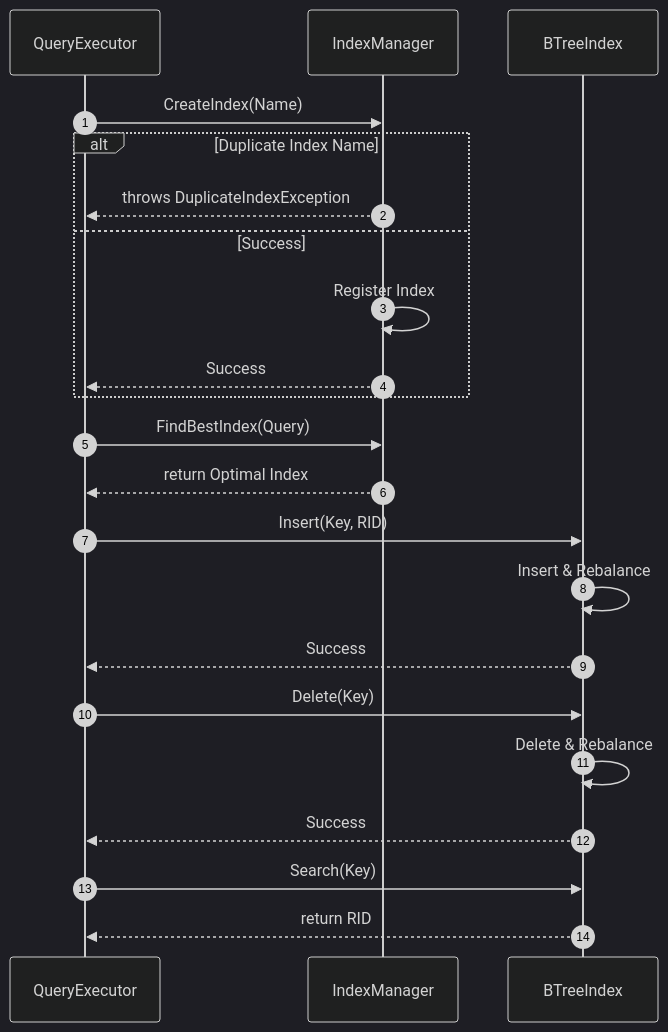
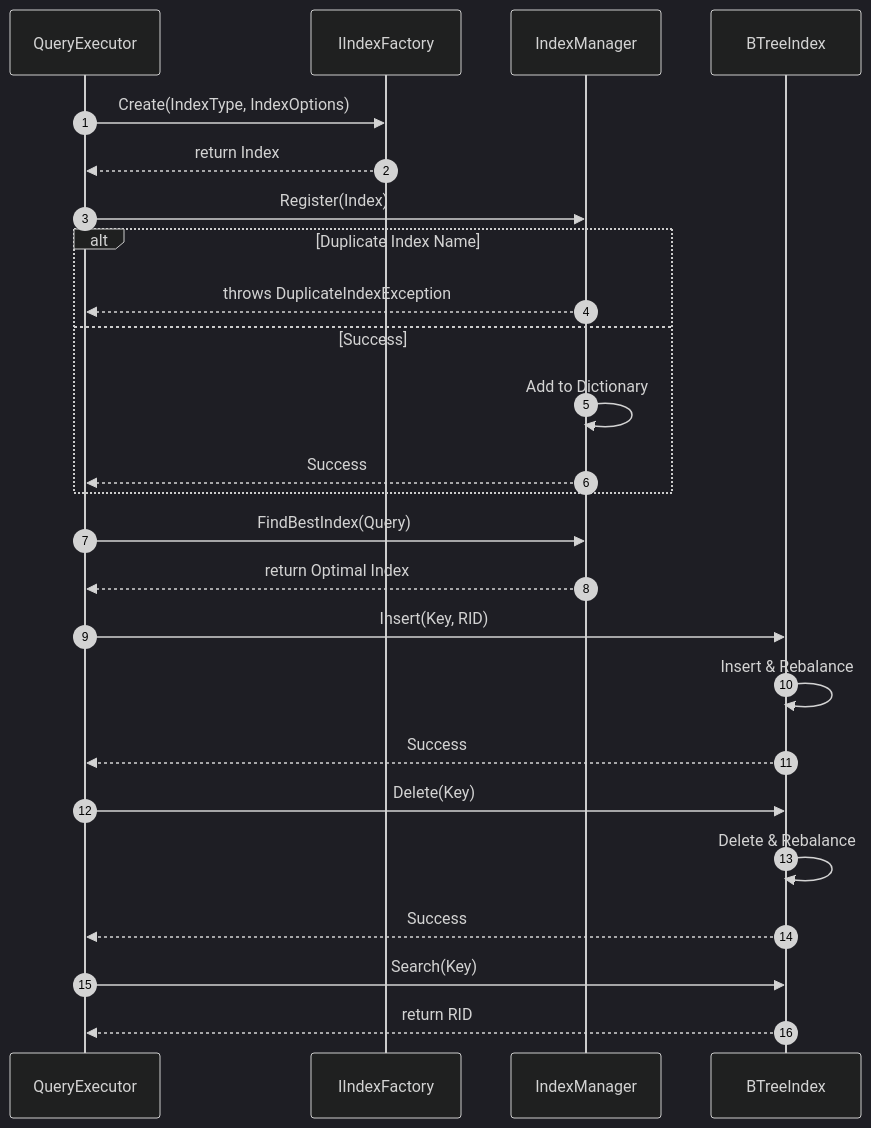
One commit to Hagiakhanh/bbv-dbms changed diagram 20 of 53 in docs/sequence-diagrams/README.md. Above: the diagram before and after it, drawn with Mermaid (dark theme). The commit also changed other lines of this file and 11 other files, not shown here.

Commit message:
docs: update sequence diagram follow design pattern

````diff
--- a/docs/sequence-diagrams/README.md
+++ b/docs/sequence-diagrams/README.md
@@ -802,32 +884,35 @@
 ```mermaid
 sequenceDiagram
     autonumber
     participant Engine as QueryExecutor
+    participant IdxFct as IIndexFactory
     participant IdxMgr as IndexManager
     participant BTree as BTreeIndex
     
-    %% Create Index
-    Engine->>IdxMgr: CreateIndex(Name)
+    %% Register Index
+    Engine->>IdxFct: Create(IndexType, IndexOptions)
+    IdxFct-->>Engine: return Index
+    Engine->>IdxMgr: Register(Index)
     alt Duplicate Index Name
         IdxMgr-->>Engine: throws DuplicateIndexException
     else Success
-        IdxMgr->>IdxMgr: Register Index
+        IdxMgr->>IdxMgr: Add to Dictionary
         IdxMgr-->>Engine: Success
     end
     
     %% Find Best Index
     Engine->>IdxMgr: FindBestIndex(Query)
     IdxMgr-->>Engine: return Optimal Index
     
     %% Insert/Delete/Search Key
     Engine->>BTree: Insert(Key, RID)
     BTree->>BTree: Insert & Rebalance
     BTree-->>Engine: Success
     
     Engine->>BTree: Delete(Key)
     BTree->>BTree: Delete & Rebalance
     BTree-->>Engine: Success
     
     Engine->>BTree: Search(Key)
     BTree-->>Engine: return RID
 ```
````
